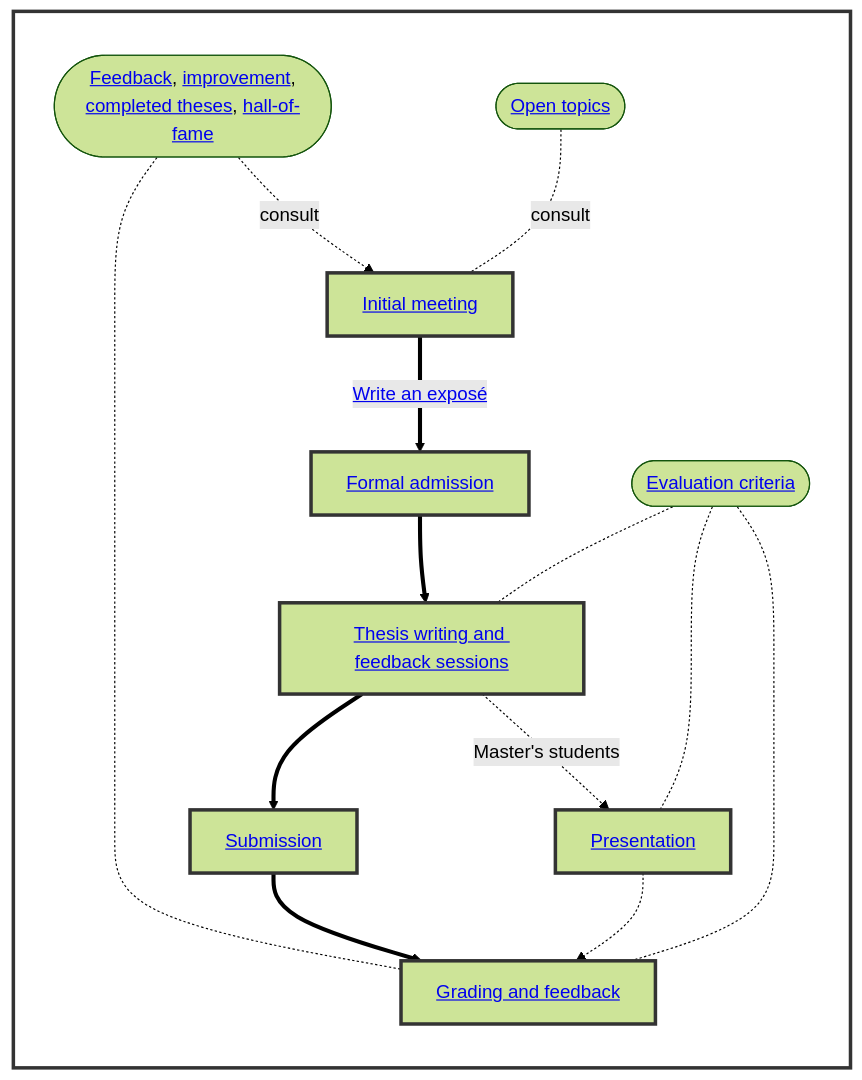
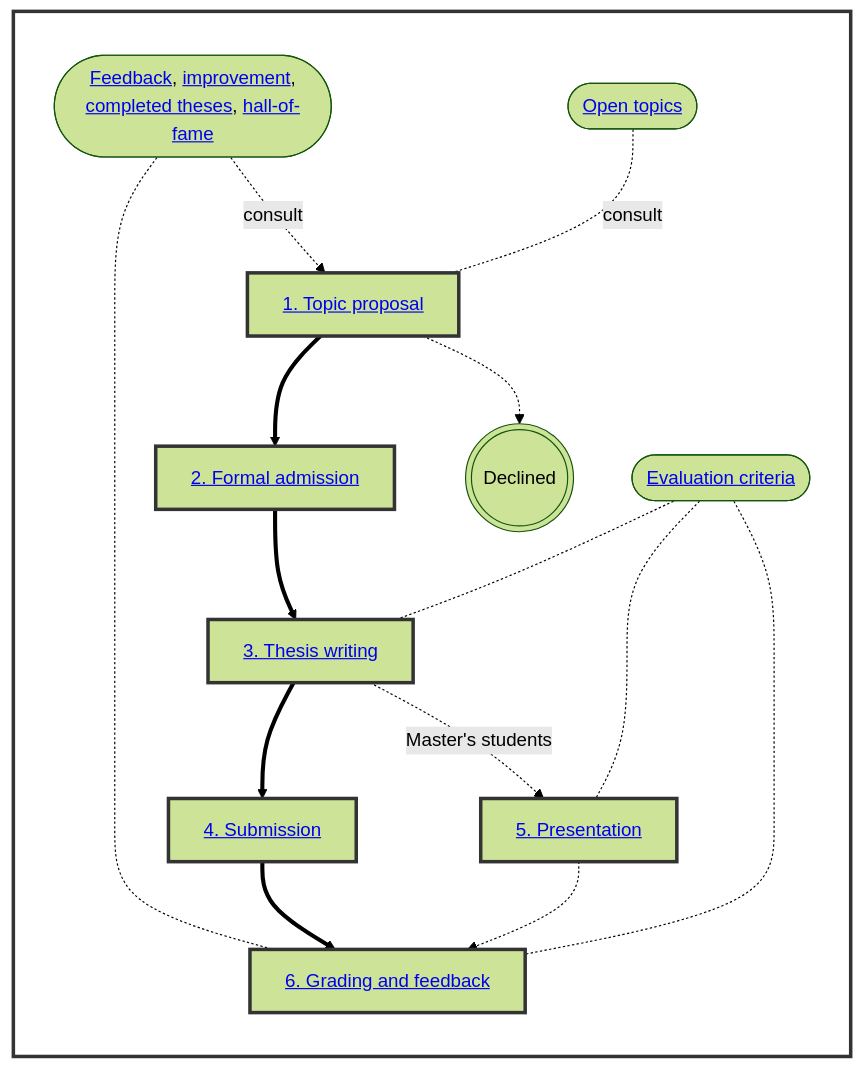
The diagram in index.md (digital-work-lab/theses), drawn with Mermaid (forest theme) before and after one commit. The commit also changed other lines of this file and 3 other files, not shown here.

````diff
--- a/index.md
+++ b/index.md
@@ -35,25 +64,26 @@
 ```mermaid
 flowchart LR
 
     subgraph Process[" "]
         Feedback -. consult .-> Init
         Feedback(["<a href='docs/feedback.html'>Feedback</a>, <a href='https://github.com/digital-work-lab/theses/commits/main/'>improvement</a>,<br><a href='docs/completed.html'>completed theses</a>, <a href='docs/hall_of_fame.html'>hall-of-fame</a>"]) -.- Grading
         OpenTopics(["<a href='docs/topics.html'>Open topics</a>"]) -.- |consult| Init
-        Init["<a href='#1-initial-meetings-to-discuss-the-topic'>Initial meeting</a>"] ==> |"<a href='docs/expose.html'>Write an exposé</a>"| Admission["<a href='#2-formal-admission'>Formal admission</a>"]
-        Admission ==> Writing["<a href='#3-thesis-writing-and-feedback-sessions'>Thesis writing and feedback sessions</a>"]
-        Writing ==> Submission["<a href='#4-submission-of-the-thesis'>Submission</a>"]
+        Init["<a href='#1-topic-proposal'>1. Topic proposal</a>"] ==> Admission["<a href='#2-formal-admission'>2. Formal admission</a>"]
+        Admission ==> Writing["<a href='#3-thesis-writing-and-feedback-sessions'>3. Thesis writing</a>"]
+        Writing ==> Submission["<a href='#4-submission-of-the-thesis'>4. Submission</a>"]
         Submission ==> Grading
-        Writing -. Master's students .-> Presentation["<a href='#5-thesis-presentation'>Presentation</a>"]
-        Presentation -.-> Grading["<a href='#6-grading-and-feedback-session'>Grading and feedback</a>"]
+        Writing -. Master's students .-> Presentation["<a href='#5-thesis-presentation'>5. Presentation</a>"]
+        Presentation -.-> Grading["<a href='#6-grading-and-feedback-session'>6. Grading and feedback</a>"]
         Criteria(["<a href='docs/evaluation.html'>Evaluation criteria</a>"]) -.- Writing
         Criteria -.- Presentation
         Criteria -.- Grading
+        Init .-> Decline@{ shape: dbl-circ, label: "Declined" }
     end
     style Init stroke:#333,stroke-width:3px
     style Admission stroke:#333,stroke-width:3px
     style Writing stroke:#333,stroke-width:3px
     style Presentation stroke:#333,stroke-width:3px
     style Submission stroke:#333,stroke-width:3px
     style Grading stroke:#333,stroke-width:3px
     style Process fill:white,stroke:#333,stroke-width:3px
 ```
````
